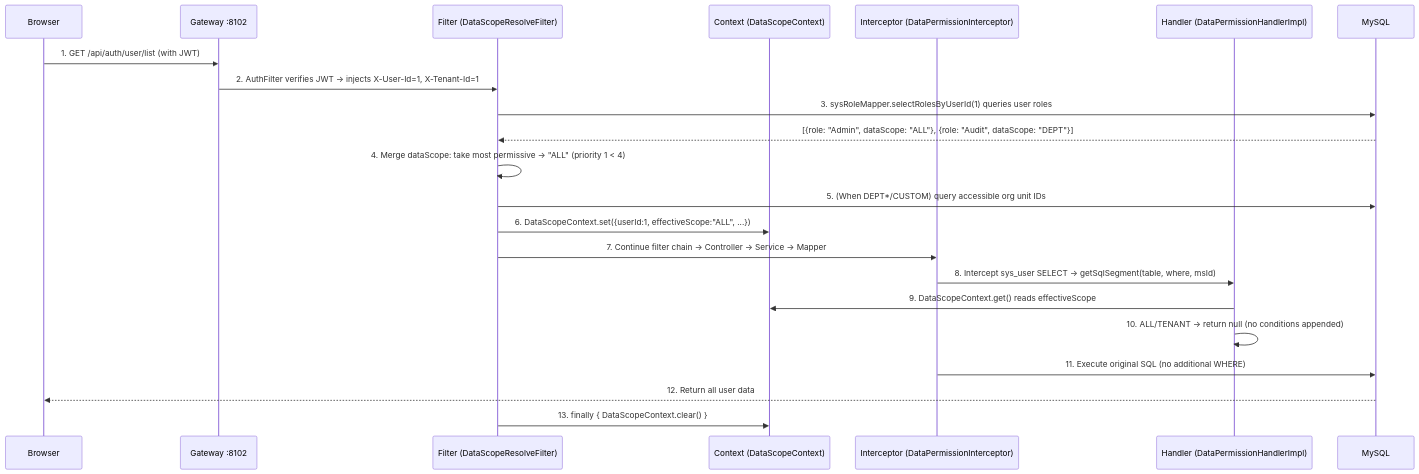
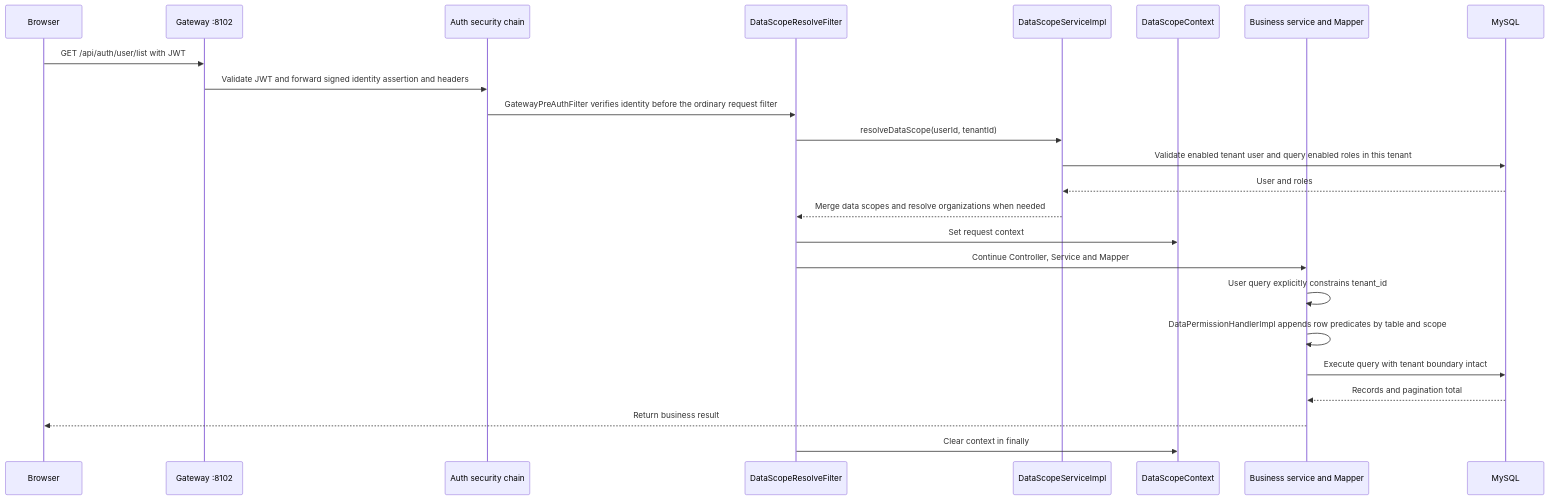
One commit to wang-baohai/Omni-Stack changed the sixth of 21 diagrams in docs/core-flows.en.md. Above: the diagram before and after it, drawn with Mermaid. The commit also changed other lines of this file and 1095 other files, not shown here.

````diff
--- a/docs/core-flows.en.md
+++ b/docs/core-flows.en.md
@@ -734,25 +573,26 @@
 ```mermaid
 sequenceDiagram
     participant B as Browser
     participant G as Gateway :8102
-    participant F as Filter (DataScopeResolveFilter)
-    participant C as Context (DataScopeContext)
-    participant I as Interceptor (DataPermissionInterceptor)
-    participant H as Handler (DataPermissionHandlerImpl)
+    participant A as Auth security chain
+    participant F as DataScopeResolveFilter
+    participant S as DataScopeServiceImpl
+    participant C as DataScopeContext
+    participant Q as Business service and Mapper
     participant M as MySQL
-
-    B->>G: 1. GET /api/auth/user/list (with JWT)
-    G->>F: 2. AuthFilter verifies JWT → injects X-User-Id=1, X-Tenant-Id=1
-    F->>M: 3. sysRoleMapper.selectRolesByUserId(1) queries user roles
-    M-->>F: [{role: "Admin", dataScope: "ALL"}, {role: "Audit", dataScope: "DEPT"}]
-    F->>F: 4. Merge dataScope: take most permissive → "ALL" (priority 1 < 4)
-    F->>M: 5. (When DEPT*/CUSTOM) query accessible org unit IDs
-    F->>C: 6. DataScopeContext.set({userId:1, effectiveScope:"ALL", ...})
-    F->>I: 7. Continue filter chain → Controller → Service → Mapper
-    I->>H: 8. Intercept sys_user SELECT → getSqlSegment(table, where, msId)
-    H->>C: 9. DataScopeContext.get() reads effectiveScope
-    H->>H: 10. ALL/TENANT → return null (no conditions appended)
-    I->>M: 11. Execute original SQL (no additional WHERE)
-    M-->>B: 12. Return all user data
-    F->>C: 13. finally { DataScopeContext.clear() }
+    B->>G: GET /api/auth/user/list with JWT
+    G->>A: Validate JWT and forward signed identity assertion and headers
+    A->>F: GatewayPreAuthFilter verifies identity before the ordinary request filter
+    F->>S: resolveDataScope(userId, tenantId)
+    S->>M: Validate enabled tenant user and query enabled roles in this tenant
+    M-->>S: User and roles
+    S-->>F: Merge data scopes and resolve organizations when needed
+    F->>C: Set request context
+    F->>Q: Continue Controller, Service and Mapper
+    Q->>Q: User query explicitly constrains tenant_id
+    Q->>Q: DataPermissionHandlerImpl appends row predicates by table and scope
+    Q->>M: Execute query with tenant boundary intact
+    M-->>Q: Records and pagination total
+    Q-->>B: Return business result
+    F->>C: Clear context in finally
 ```
````
